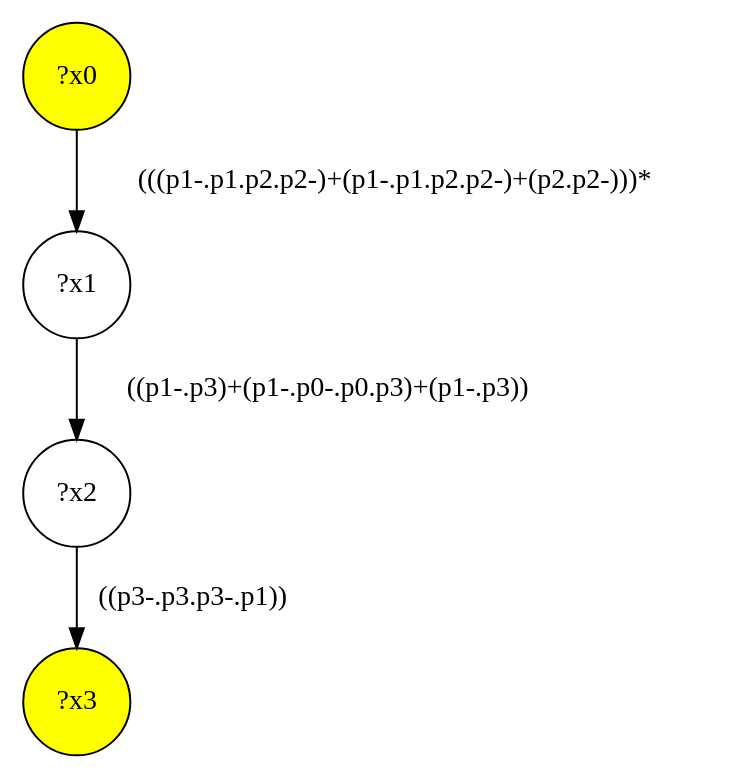
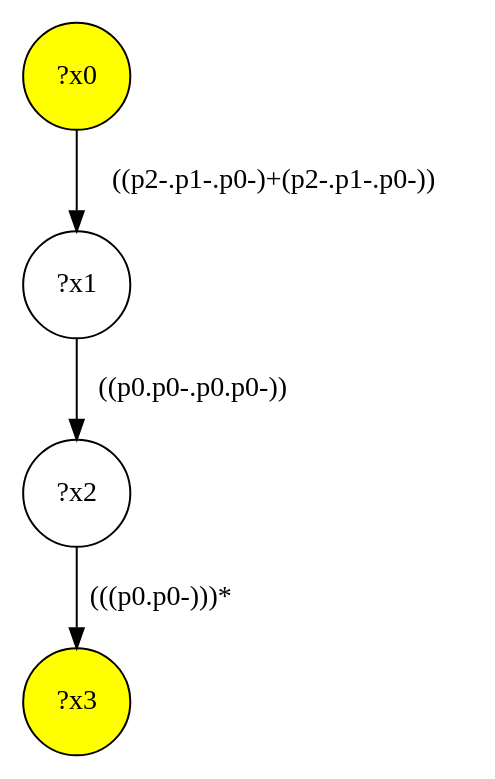
Before and after one commit to gbagan/gmark: the diagram in src/queryinterface/interface-queries/query-16.dot, drawn with Graphviz. The commit also changed 154 other files, not shown here.

```diff
--- a/src/queryinterface/interface-queries/query-16.dot
+++ b/src/queryinterface/interface-queries/query-16.dot
@@ -1,9 +1,9 @@
 digraph g {
 	x0 [fillcolor="yellow", style="filled," shape=circle, label="?x0"];
 	x3 [fillcolor="yellow", style="filled," shape=circle, label="?x3"];
 	x1 [shape=circle, label="?x1"];
-	x0 -> x1 [label="(((p1-.p1.p2.p2-)+(p1-.p1.p2.p2-)+(p2.p2-)))*"];
+	x0 -> x1 [label="((p2-.p1-.p0-)+(p2-.p1-.p0-))"];
 	x2 [shape=circle, label="?x2"];
-	x1 -> x2 [label="((p1-.p3)+(p1-.p0-.p0.p3)+(p1-.p3))"];
-	x2 -> x3 [label="((p3-.p3.p3-.p1))"];
+	x1 -> x2 [label="((p0.p0-.p0.p0-))"];
+	x2 -> x3 [label="(((p0.p0-)))*"];
 }
```
